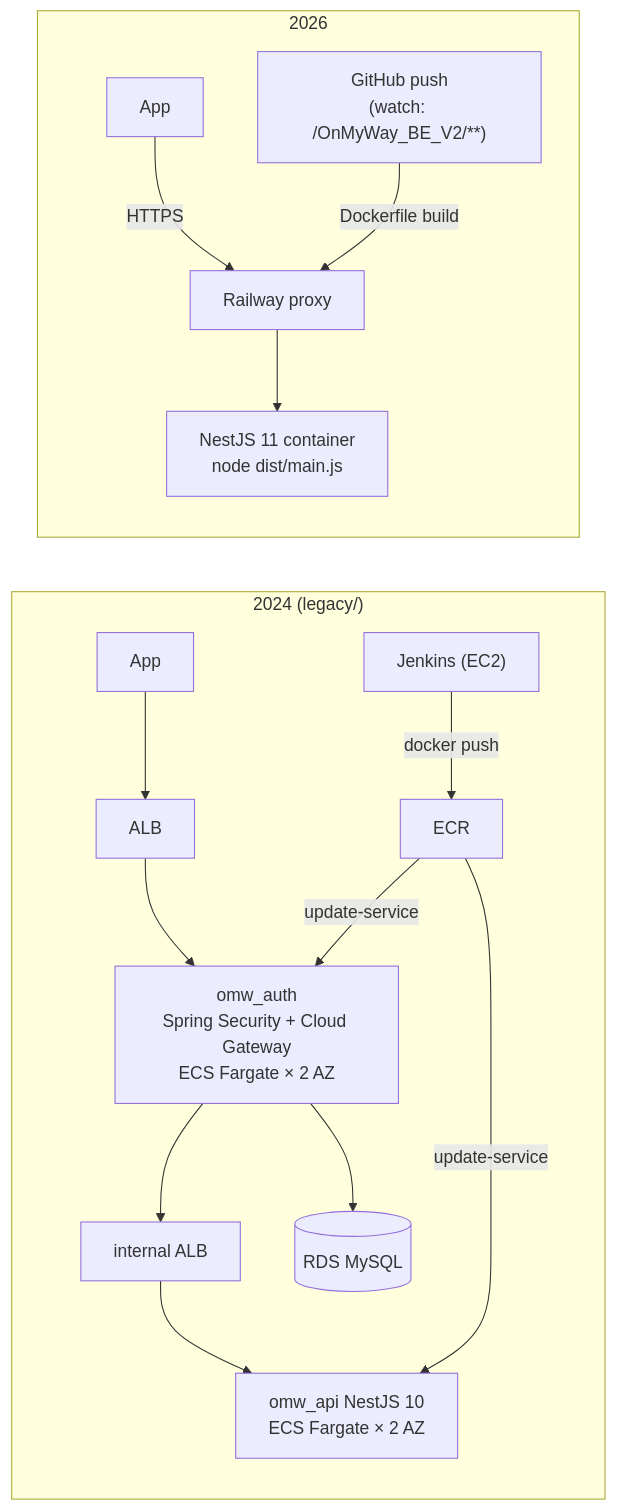
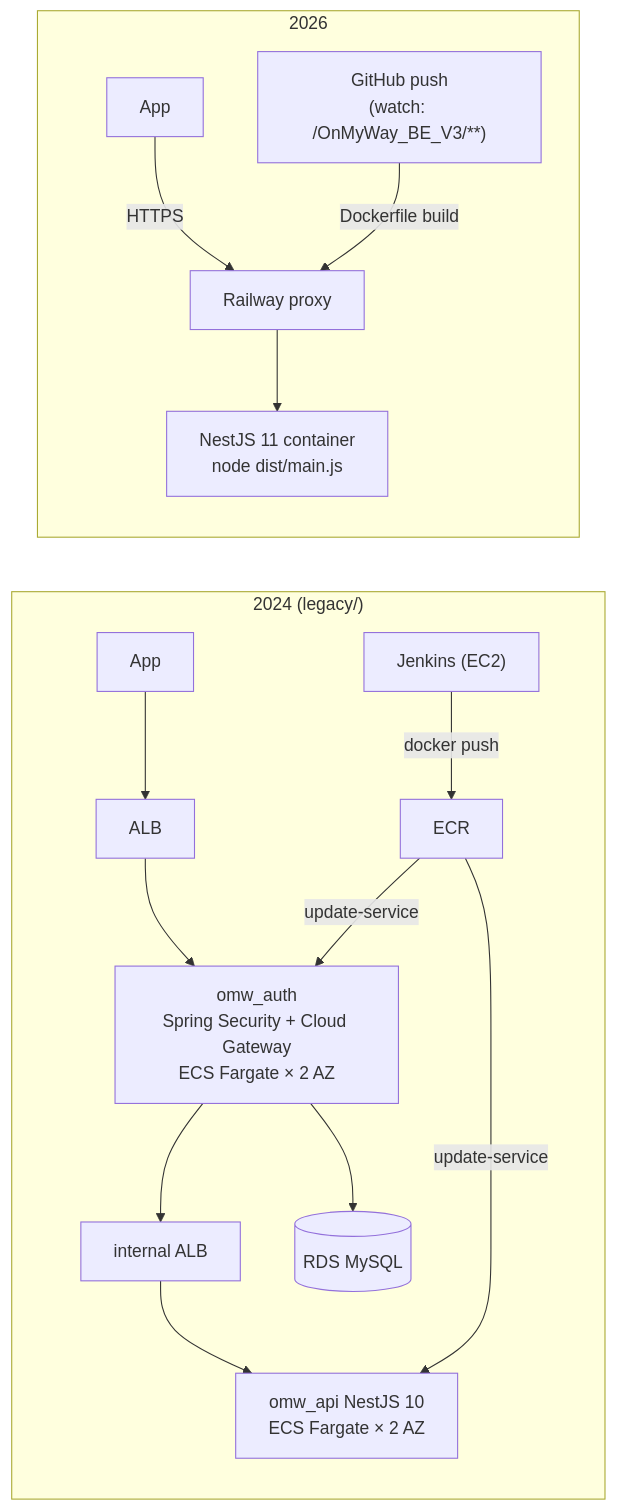
Before and after one commit to Seyun29/OnMyWay_V3: the diagram in .kiro/specs/backend-runtime-and-container-deployment/design.md, drawn with Mermaid. The commit also changed other lines of this file and 715 other files, not shown here.

````diff
--- a/.kiro/specs/backend-runtime-and-container-deployment/design.md
+++ b/.kiro/specs/backend-runtime-and-container-deployment/design.md
@@ -12,13 +12,13 @@
 ```mermaid
 flowchart LR
   subgraph Before["2024 (legacy/)"]
     A1["App"] --> ALB1["ALB"] --> AUTH["omw_auth<br/>Spring Security + Cloud Gateway<br/>ECS Fargate × 2 AZ"]
     AUTH --> ALB2["internal ALB"] --> API1["omw_api NestJS 10<br/>ECS Fargate × 2 AZ"]
     AUTH --> RDS[("RDS MySQL")]
     J["Jenkins (EC2)"] -->|"docker push"| ECR["ECR"] -->|"update-service"| AUTH & API1
   end
   subgraph After["2026"]
     A2["App"] -->|"HTTPS"| RW["Railway proxy"] --> API2["NestJS 11 container<br/>node dist/main.js"]
-    GH["GitHub push<br/>(watch: /OnMyWay_BE_V2/**)"] -->|"Dockerfile build"| RW
+    GH["GitHub push<br/>(watch: /OnMyWay_BE_V3/**)"] -->|"Dockerfile build"| RW
   end
 ```
````
